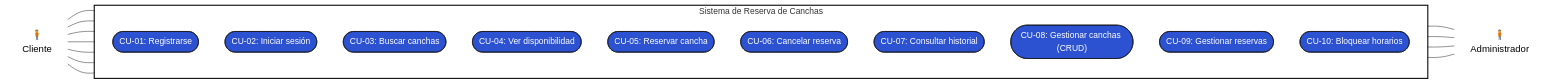
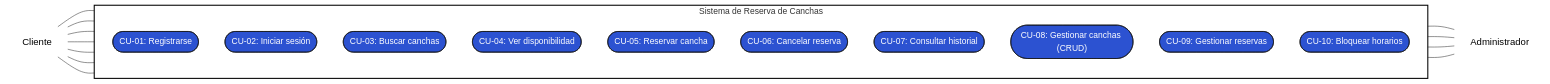
The first of 5 diagrams in README.md (WalterJoel18/Sw-para-reserva-de-canchas-e-instalaciones-deportivas), drawn with Mermaid before and after one commit. The commit also changed other lines of this file and 1 other file, not shown here.

````diff
--- a/README.md
+++ b/README.md
@@ -92,42 +117,37 @@
 ```mermaid
 flowchart LR
-    %% Estilos UML
     classDef actor fill:transparent,stroke:transparent,color:#000,font-size:18px;
     classDef usecase fill:#2C52D1,stroke:#111,stroke-width:1px,color:#fff;
     classDef system fill:transparent,stroke:#000,stroke-width:2px;
 
-    %% Actores
-    Cliente["🧍<br/>Cliente"]:::actor
-    Admin["🧍<br/>Administrador"]:::actor
+    Cliente["Cliente"]:::actor
+    Admin["Administrador"]:::actor
 
-    %% Sistema
     subgraph Sistema["Sistema de Reserva de Canchas"]
         direction TB
         CU01(["CU-01: Registrarse"]):::usecase
         CU02(["CU-02: Iniciar sesión"]):::usecase
         CU03(["CU-03: Buscar canchas"]):::usecase
         CU04(["CU-04: Ver disponibilidad"]):::usecase
         CU05(["CU-05: Reservar cancha"]):::usecase
         CU06(["CU-06: Cancelar reserva"]):::usecase
         CU07(["CU-07: Consultar historial"]):::usecase
         CU08(["CU-08: Gestionar canchas (CRUD)"]):::usecase
         CU09(["CU-09: Gestionar reservas"]):::usecase
         CU10(["CU-10: Bloquear horarios"]):::usecase
     end
     class Sistema system;
 
-    %% Relaciones Cliente
     Cliente --- CU01
     Cliente --- CU02
     Cliente --- CU03
     Cliente --- CU04
     Cliente --- CU05
     Cliente --- CU06
     Cliente --- CU07
 
-    %% Relaciones Administrador
     CU02 --- Admin
     CU08 --- Admin
     CU09 --- Admin
     CU10 --- Admin
 ```
````
